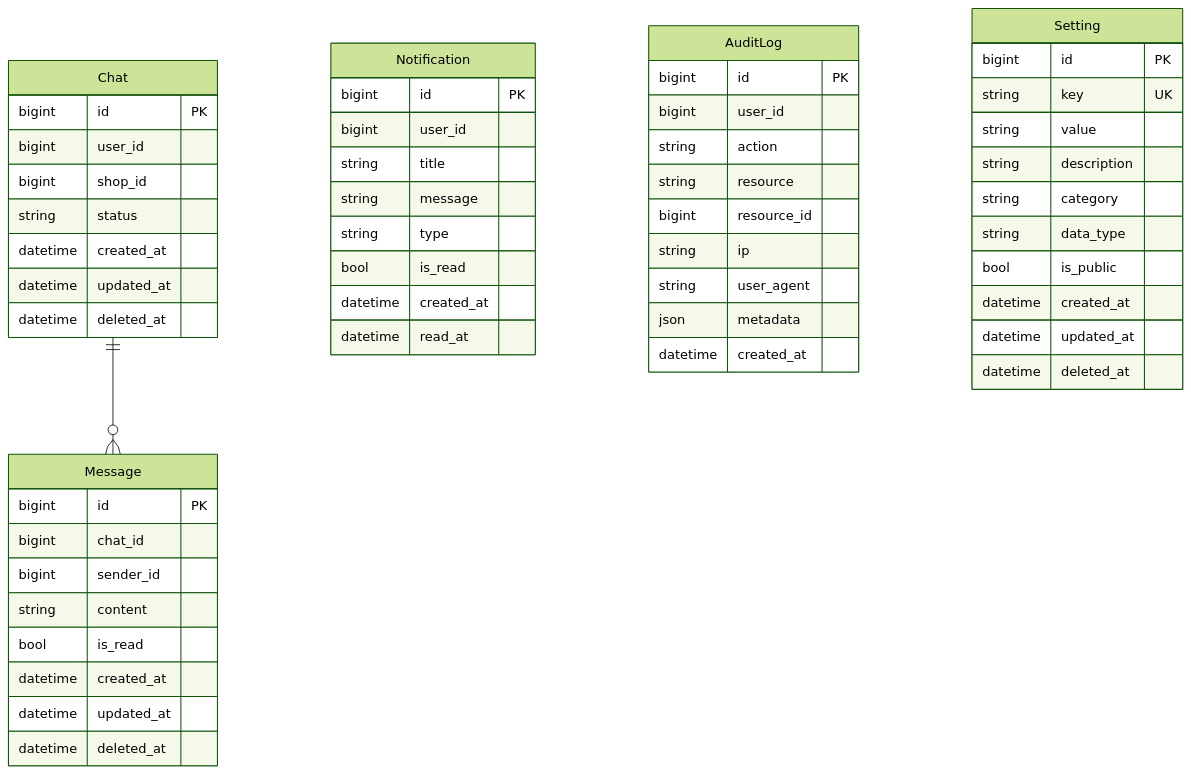
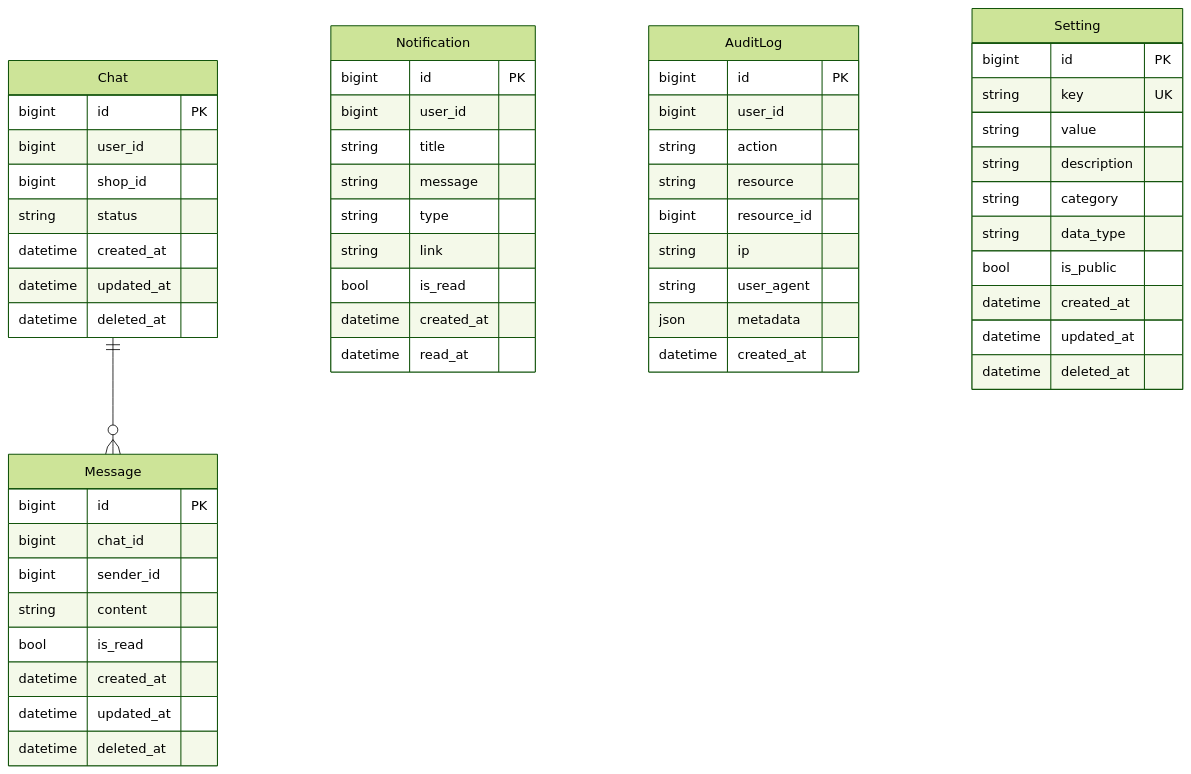
The fifth of 6 diagrams in backend/docs/erd.md (nguyenxduc/electric-ecommerce), drawn with Mermaid (forest theme) before and after one commit. The commit also changed other lines of this file and 2 other files, not shown here.

````diff
--- a/backend/docs/erd.md
+++ b/backend/docs/erd.md
@@ -460,56 +464,57 @@
 ```mermaid
 erDiagram
   Chat {
     bigint id "PK"
     bigint user_id
     bigint shop_id
     string status
     datetime created_at
     datetime updated_at
     datetime deleted_at
   }
   Message {
     bigint id "PK"
     bigint chat_id
     bigint sender_id
     string content
     bool is_read
     datetime created_at
     datetime updated_at
     datetime deleted_at
   }
   Notification {
     bigint id "PK"
     bigint user_id
     string title
     string message
     string type
+    string link
     bool is_read
     datetime created_at
     datetime read_at
   }
   AuditLog {
     bigint id "PK"
     bigint user_id
     string action
     string resource
     bigint resource_id
     string ip
     string user_agent
     json metadata
     datetime created_at
   }
   Setting {
     bigint id "PK"
     string key "UK"
     string value
     string description
     string category
     string data_type
     bool is_public
     datetime created_at
     datetime updated_at
     datetime deleted_at
   }
   Chat ||--o{ Message : ""
 ```
````
